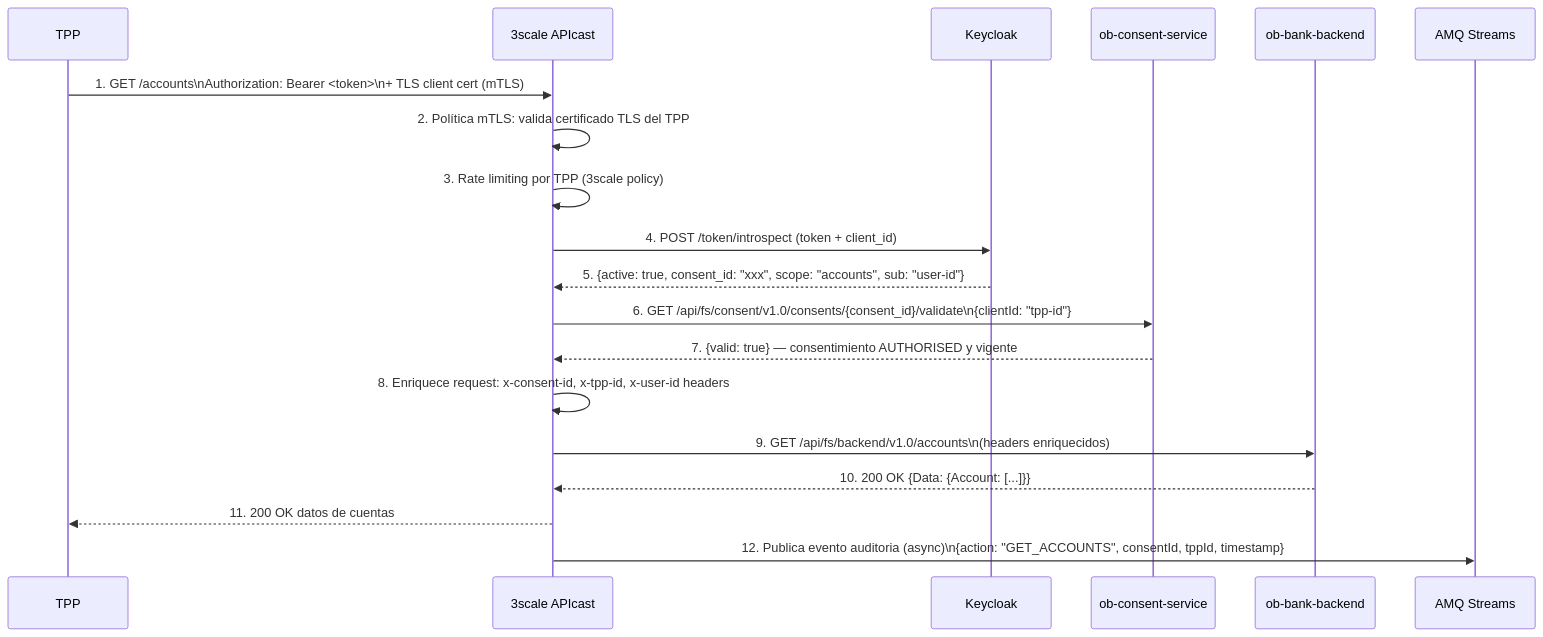
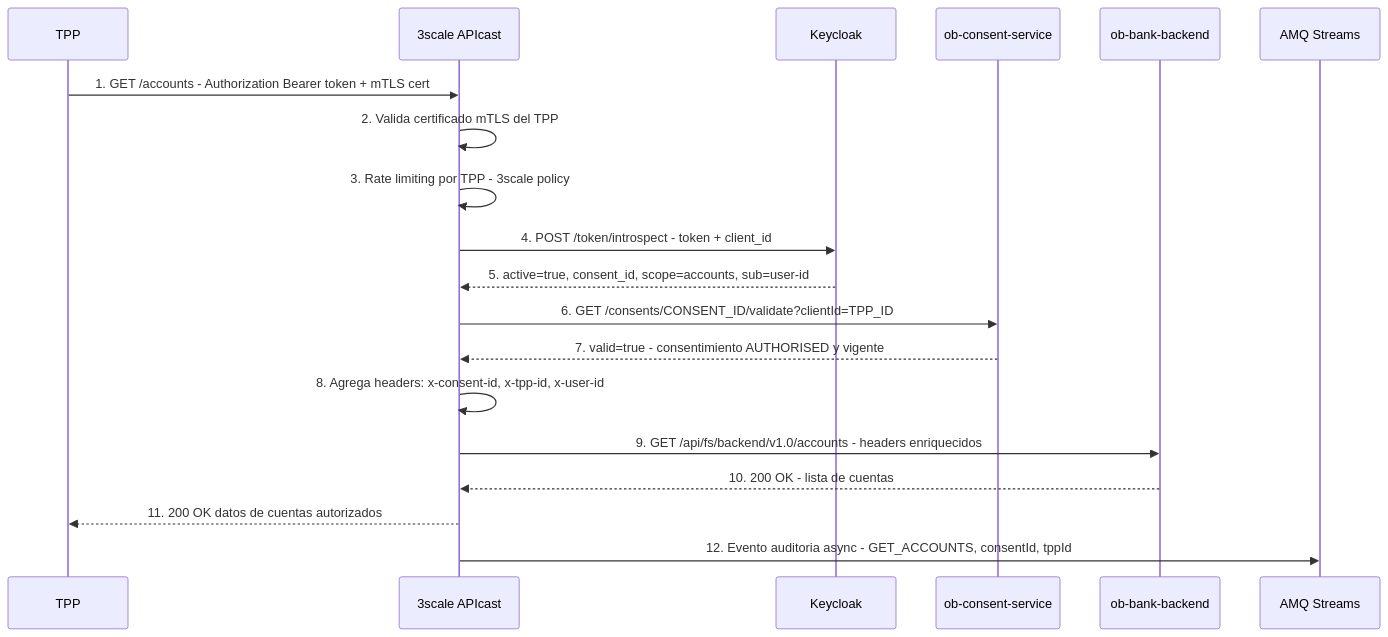
One commit to garzontaleroj/financial-services-accelerator-local changed the fourth of 8 diagrams in docs/architecture/open-banking-rh-reference-architecture.md. Above: the diagram before and after it, drawn with Mermaid. The commit also changed other lines of this file, not shown here.

First line of the commit message:
fix(architecture): correct all Mermaid syntax errors in reference architecture

````diff
--- a/docs/architecture/open-banking-rh-reference-architecture.md
+++ b/docs/architecture/open-banking-rh-reference-architecture.md
@@ -426,29 +426,29 @@
 ```mermaid
 sequenceDiagram
     participant TPP as TPP
     participant GW as 3scale APIcast
     participant KC as Keycloak
     participant CONSENT as ob-consent-service
     participant BE as ob-bank-backend
     participant KAFKA as AMQ Streams
 
-    TPP->>GW: 1. GET /accounts\nAuthorization: Bearer <token>\n+ TLS client cert (mTLS)
+    TPP->>GW: 1. GET /accounts - Authorization Bearer token + mTLS cert
 
-    GW->>GW: 2. Política mTLS: valida certificado TLS del TPP
-    GW->>GW: 3. Rate limiting por TPP (3scale policy)
+    GW->>GW: 2. Valida certificado mTLS del TPP
+    GW->>GW: 3. Rate limiting por TPP - 3scale policy
 
-    GW->>KC: 4. POST /token/introspect (token + client_id)
-    KC-->>GW: 5. {active: true, consent_id: "xxx", scope: "accounts", sub: "user-id"}
+    GW->>KC: 4. POST /token/introspect - token + client_id
+    KC-->>GW: 5. active=true, consent_id, scope=accounts, sub=user-id
 
-    GW->>CONSENT: 6. GET /api/fs/consent/v1.0/consents/{consent_id}/validate\n{clientId: "tpp-id"}
-    CONSENT-->>GW: 7. {valid: true} — consentimiento AUTHORISED y vigente
+    GW->>CONSENT: 6. GET /consents/CONSENT_ID/validate?clientId=TPP_ID
+    CONSENT-->>GW: 7. valid=true - consentimiento AUTHORISED y vigente
 
-    GW->>GW: 8. Enriquece request: x-consent-id, x-tpp-id, x-user-id headers
+    GW->>GW: 8. Agrega headers: x-consent-id, x-tpp-id, x-user-id
 
-    GW->>BE: 9. GET /api/fs/backend/v1.0/accounts\n(headers enriquecidos)
-    BE-->>GW: 10. 200 OK {Data: {Account: [...]}}
+    GW->>BE: 9. GET /api/fs/backend/v1.0/accounts - headers enriquecidos
+    BE-->>GW: 10. 200 OK - lista de cuentas
 
-    GW-->>TPP: 11. 200 OK datos de cuentas
+    GW-->>TPP: 11. 200 OK datos de cuentas autorizados
 
-    GW->>KAFKA: 12. Publica evento auditoria (async)\n{action: "GET_ACCOUNTS", consentId, tppId, timestamp}
+    GW->>KAFKA: 12. Evento auditoria async - GET_ACCOUNTS, consentId, tppId
 ```
````
